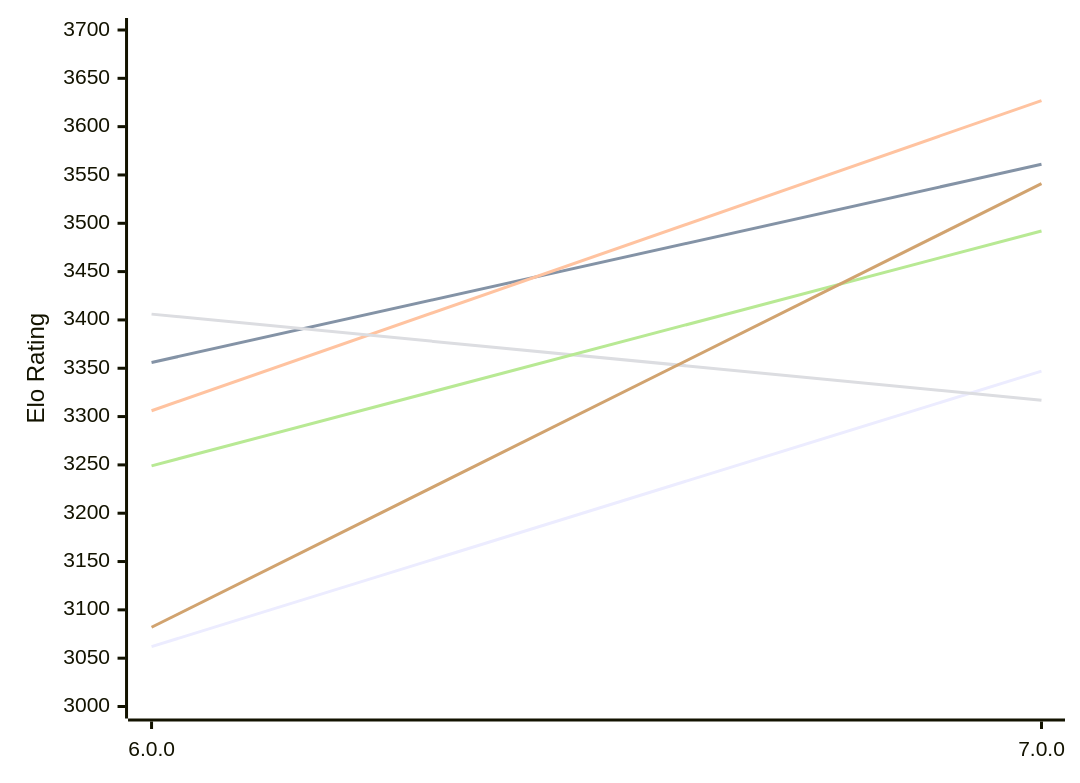
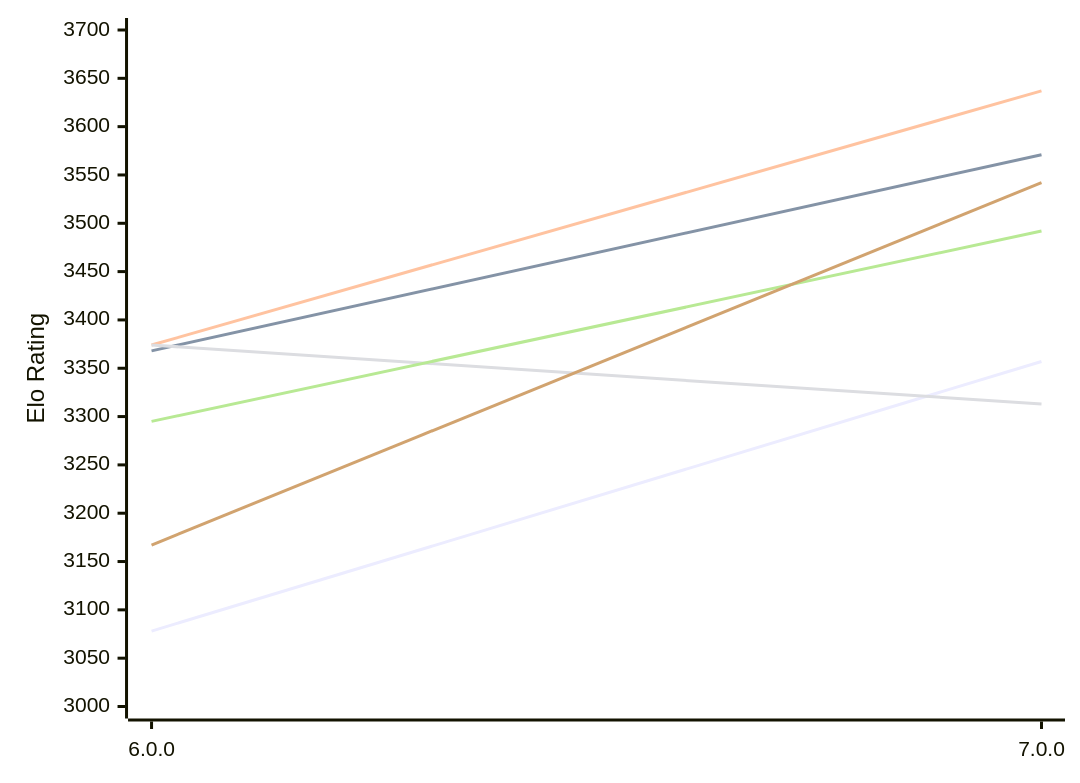
The first of 2 diagrams in engines/Minke.md (computer-chess-index/cci), drawn with Mermaid before and after one commit. The commit also changed other lines of this file, not shown here.

Commit message:
Update CCI Ratings (ELO VLTC) - 2026-11-16

````diff
--- a/engines/Minke.md
+++ b/engines/Minke.md
@@ -53,12 +53,12 @@
 ```mermaid
 %%{init: {"theme":"base","themeVariables":{"seriesColors:['#a3a3a3','#222221','#faa371']}}}%%
 xychart-beta
   x-axis ["6.0.0", "7.0.0"]
   y-axis "Elo Rating" 3000 --> 3700
-  line "E1: STC (8.0+0.08s)" [3062, 3347]
-  line "E1: LTC (60.0+0.60s)" [3356, 3561]
-  line "E1: VLTC (2m24s+1.12s)" [3306, 3627]
-  line "P1: STC (8.0+0.08s)" [3406, 3317]
-  line "P1: LTC (60.0+0.60s)" [3249, 3492]
-  line "P1: VLTC (2m24s+1.12s)" [3082, 3541]
+  line "E1: STC (8.0+0.08s)" [3078, 3357]
+  line "E1: LTC (60.0+0.60s)" [3368, 3571]
+  line "E1: VLTC (2m24s+1.12s)" [3374, 3637]
+  line "P1: STC (8.0+0.08s)" [3374, 3313]
+  line "P1: LTC (60.0+0.60s)" [3295, 3492]
+  line "P1: VLTC (2m24s+1.12s)" [3167, 3542]
 ```
````
